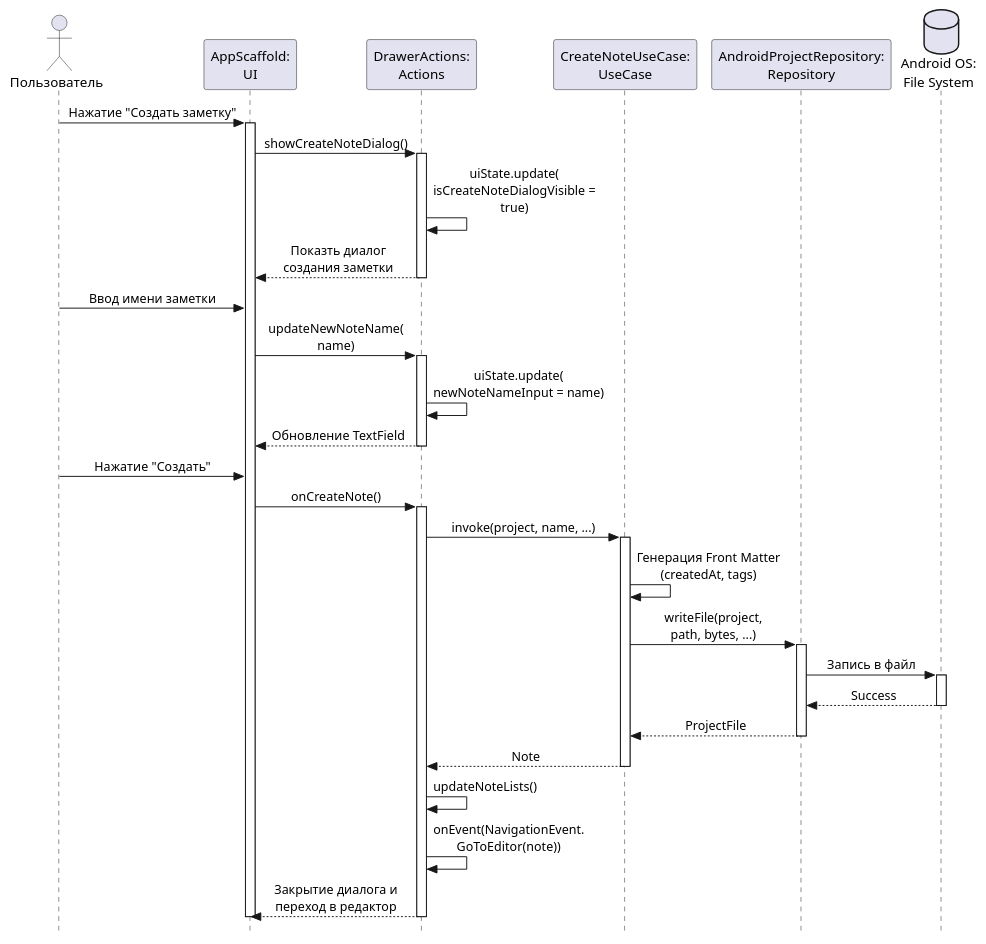
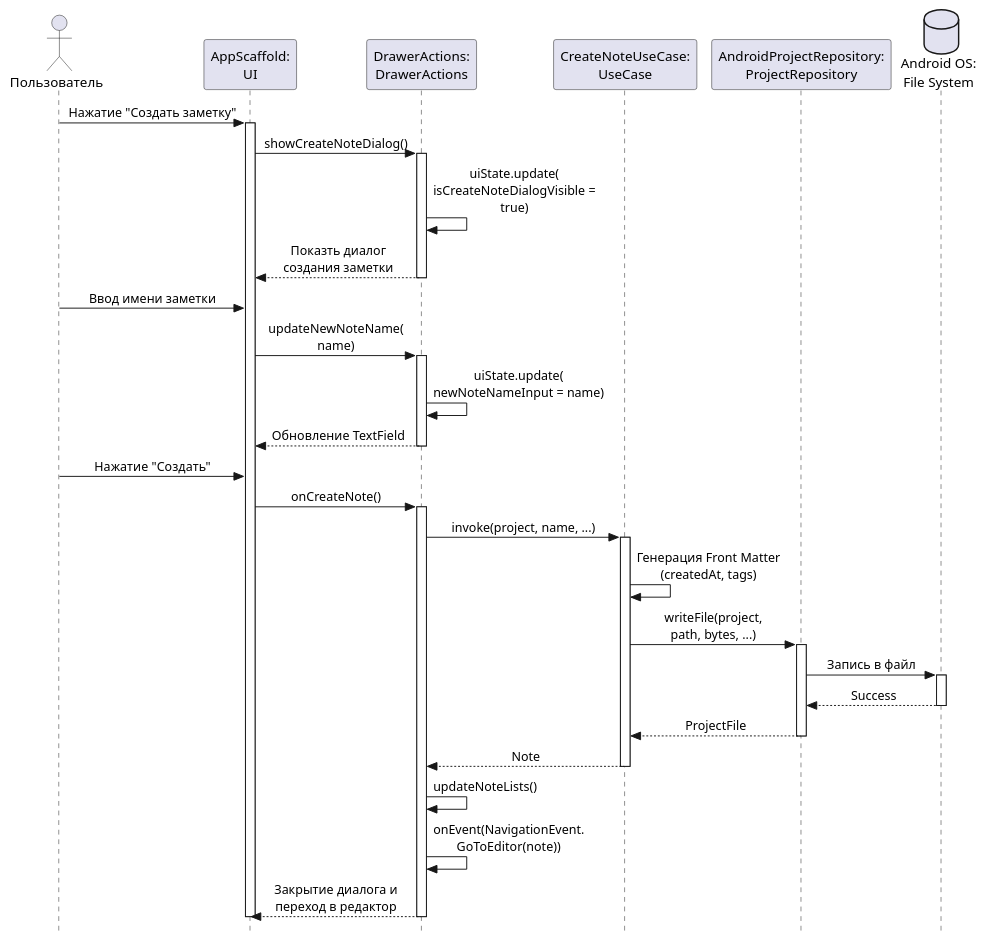
The diagram in plantuml/sequence-create-new-note.puml (mangustc/markdown-editor), drawn with PlantUML before and after one commit. The commit also changed 5 other files, not shown here.

Commit message:
update diagrams

```diff
--- a/plantuml/sequence-create-new-note.puml
+++ b/plantuml/sequence-create-new-note.puml
@@ -1,55 +1,55 @@
 @startuml
 skinparam style strictuml
 skinparam sequenceMessageAlign center
 
 actor "Пользователь" as User
 participant "AppScaffold:\nUI" as UI
-participant "DrawerActions:\nActions" as Actions
+participant "DrawerActions:\nDrawerActions" as Actions
 participant "CreateNoteUseCase:\nUseCase" as CreateUseCase
-participant "AndroidProjectRepository:\nRepository" as Repo
+participant "AndroidProjectRepository:\nProjectRepository" as Repo
 database "Android OS:\nFile System" as OS
 
 User -> UI : Нажатие "Создать заметку"
 activate UI
 UI -> Actions : showCreateNoteDialog()
 activate Actions
 Actions -> Actions : uiState.update(\nisCreateNoteDialogVisible =\ntrue)
 Actions --> UI : Показть диалог\nсоздания заметки
 deactivate Actions
 
 User -> UI : Ввод имени заметки
 UI -> Actions : updateNewNoteName(\nname)
 activate Actions
 Actions -> Actions : uiState.update(\nnewNoteNameInput = name)
 Actions --> UI : Обновление TextField
 deactivate Actions
 
 User -> UI : Нажатие "Создать"
 UI -> Actions : onCreateNote()
 activate Actions
 
 Actions -> CreateUseCase : invoke(project, name, ...)
 activate CreateUseCase
 
 CreateUseCase -> CreateUseCase : Генерация Front Matter\n(createdAt, tags)
 
 CreateUseCase -> Repo : writeFile(project,\npath, bytes, ...)
 activate Repo
 Repo -> OS : Запись в файл
 activate OS
 OS --> Repo : Success
 deactivate OS
 Repo --> CreateUseCase : ProjectFile
 deactivate Repo
 
 CreateUseCase --> Actions : Note
 deactivate CreateUseCase
 
 Actions -> Actions : updateNoteLists()
 Actions -> Actions : onEvent(NavigationEvent.\nGoToEditor(note))
 
 Actions --> UI : Закрытие диалога и\nпереход в редактор
 deactivate Actions
 deactivate UI
 
 @enduml
```
